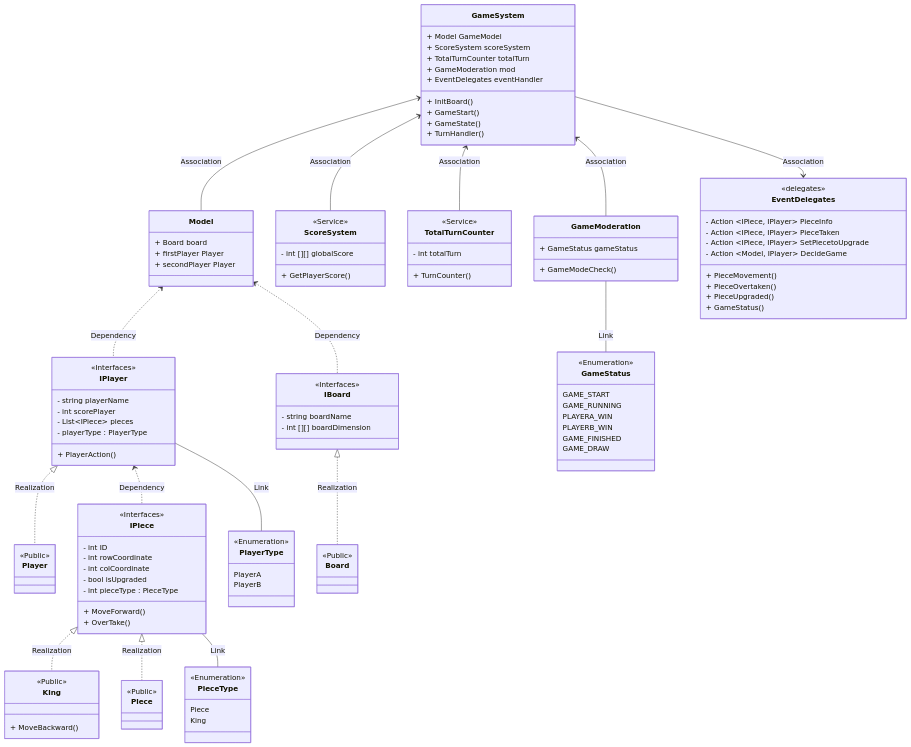
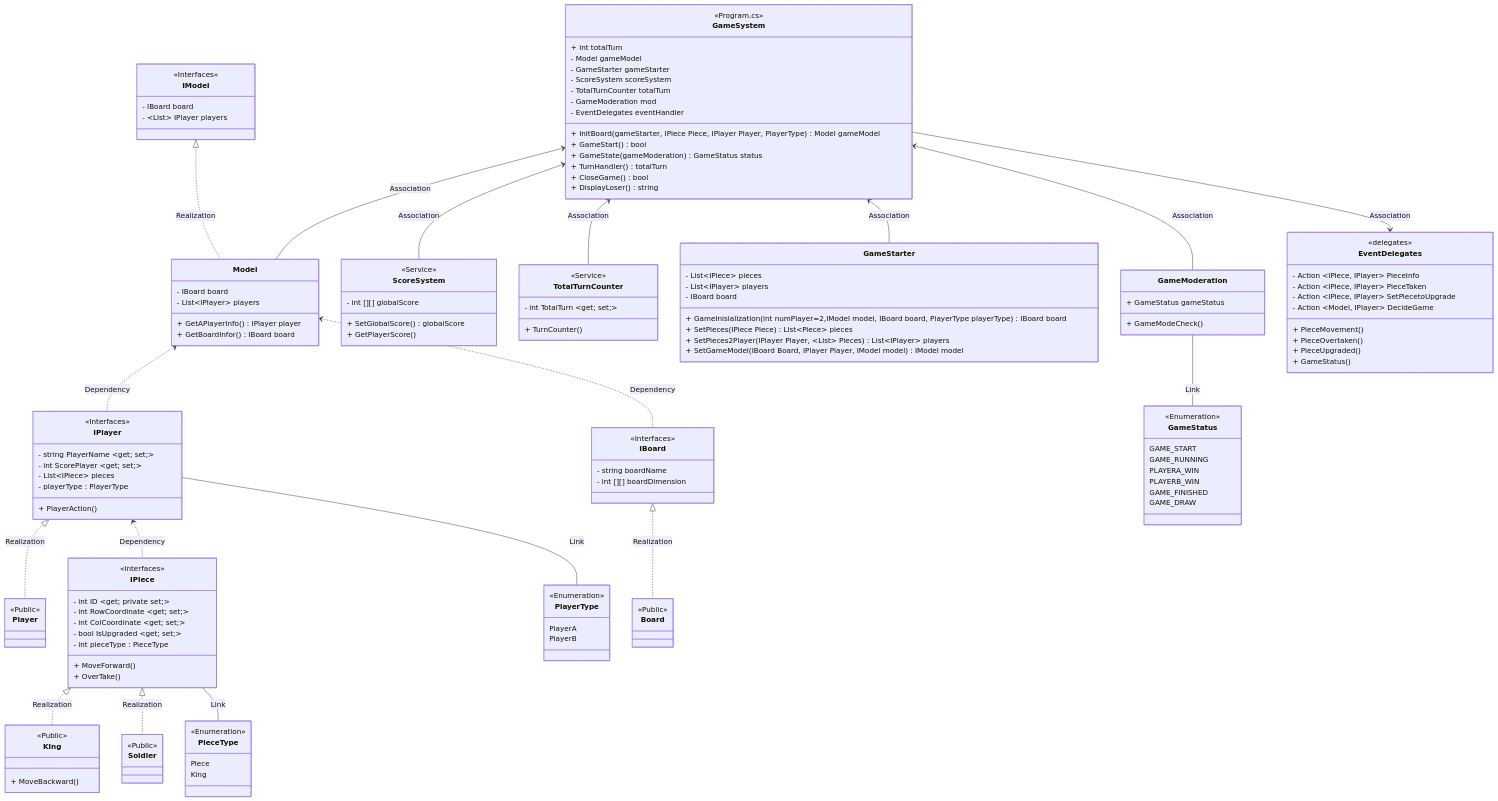
The diagram in Day 7/Project Checker/classDiagram.md (WallNutss/SEFormulatrix_Bootcamp), drawn with Mermaid before and after one commit. The commit also changed 1 other file, not shown here.

Commit message:
for now adding gameStarter class and also editing several classes like interfaces

```diff
--- a/Day 7/Project Checker/classDiagram.md
+++ b/Day 7/Project Checker/classDiagram.md
@@ -4,10 +4,11 @@
 
     %% Big Parent Class inherit Interface
     IPiece <|.. King : Realization
-    IPiece <|.. Piece : Realization
+    IPiece <|.. Soldier : Realization
     IPlayer <|.. Player : Realization
     IPlayer <.. IPiece : Dependency
     IBoard <|.. Board : Realization
+    IModel <|.. Model : Realization
 
     %% Instantiating Class Relation
     Model <.. IPlayer : Dependency
@@ -17,6 +18,7 @@
     GameSystem <-- Model : Association
     GameSystem <-- ScoreSystem : Association
     GameSystem <-- TotalTurnCounter : Association
+    GameSystem <-- GameStarter : Association
     GameSystem <-- GameModeration : Association
     %% Delegates to the Main Program
     GameSystem --> EventDelegates : Association
@@ -27,23 +29,29 @@
     GameModeration -- GameStatus : Link
 
 
-
     %% MAIN PROGRAM/GAME CONTROLLER
     class Model{
-      + Board board
-      + firstPlayer Player
-      + secondPlayer Player
+      - IBoard board
+      - List~IPlayer~ players
+      + GetAPlayerInfo() IPlayer player
+      + GetBoardInfor() IBoard board
     }
+
     class GameSystem{
-      + Model GameModel
-      + ScoreSystem scoreSystem
-      + TotalTurnCounter totalTurn
-      + GameModeration mod
-      + EventDelegates eventHandler
-      + InitBoard()
-      + GameStart()
-      + GameState()
-      + TurnHandler()
+      <<Program.cs>>
+      + int totalTurn
+      - Model gameModel
+      - GameStarter gameStarter
+      - ScoreSystem scoreSystem
+      - TotalTurnCounter totalTurn
+      - GameModeration mod
+      - EventDelegates eventHandler
+      + InitBoard(gameStarter, IPiece Piece, IPlayer Player, PlayerType) Model gameModel
+      + GameStart() bool
+      + GameState(gameModeration) GameStatus status
+      + TurnHandler() totalTurn
+      + CloseGame() bool   
+      + DisplayLoser() string
     }
 
     class GameModeration{
@@ -51,13 +59,23 @@
       + GameModeCheck()
     }
 
+    class GameStarter{
+      - List~IPiece~ pieces
+      - List~IPlayer~ players
+      - IBoard board
+      + GameInisialization(int numPlayer=2,IModel model, IBoard board, PlayerType playerType)  IBoard board
+      + SetPieces(IPiece Piece) List~Piece~ pieces
+      + SetPieces2Player(IPlayer Player, ~List~ Pieces) List~IPlayer~ players
+      + SetGameModel(IBoard Board, IPlayer Player, IModel model) IModel model
+    }
+
     %% Defining Interface
     class IPiece{
       <<Interfaces>>
-      - int ID
-      - int rowCoordinate
-      - int colCoordinate
-      - bool isUpgraded
+      - int ID ~get; private set;~
+      - int RowCoordinate ~get; set;~
+      - int ColCoordinate ~get; set;~
+      - bool IsUpgraded ~get; set;~
       - int pieceType : PieceType
       + MoveForward()
       + OverTake()
@@ -65,8 +83,8 @@
 
     class IPlayer{
       <<Interfaces>>
-      - string playerName
-      - int scorePlayer
+      - string PlayerName ~get; set;~
+      - int ScorePlayer ~get; set;~
       - List~IPiece~ pieces
       - playerType : PlayerType
       + PlayerAction()
@@ -78,8 +96,14 @@
       - int [][] boardDimension
     }
 
+    class IModel{
+      <<Interfaces>>
+      - IBoard board
+      - ~List~ IPlayer players
+    }
+    
     %% Defining Class Template
-    class Piece{
+    class Soldier{
       <<Public>>
     }
     class King{
@@ -99,12 +123,13 @@
     class ScoreSystem{
       <<Service>>
       - int [][] globalScore
+      + SetGlobalScore() globalScore
       + GetPlayerScore()
     }
 
     class TotalTurnCounter{
       <<Service>>
-      - int totalTurn
+      - int TotalTurn ~get; set;~
       + TurnCounter()
     }
 
```
